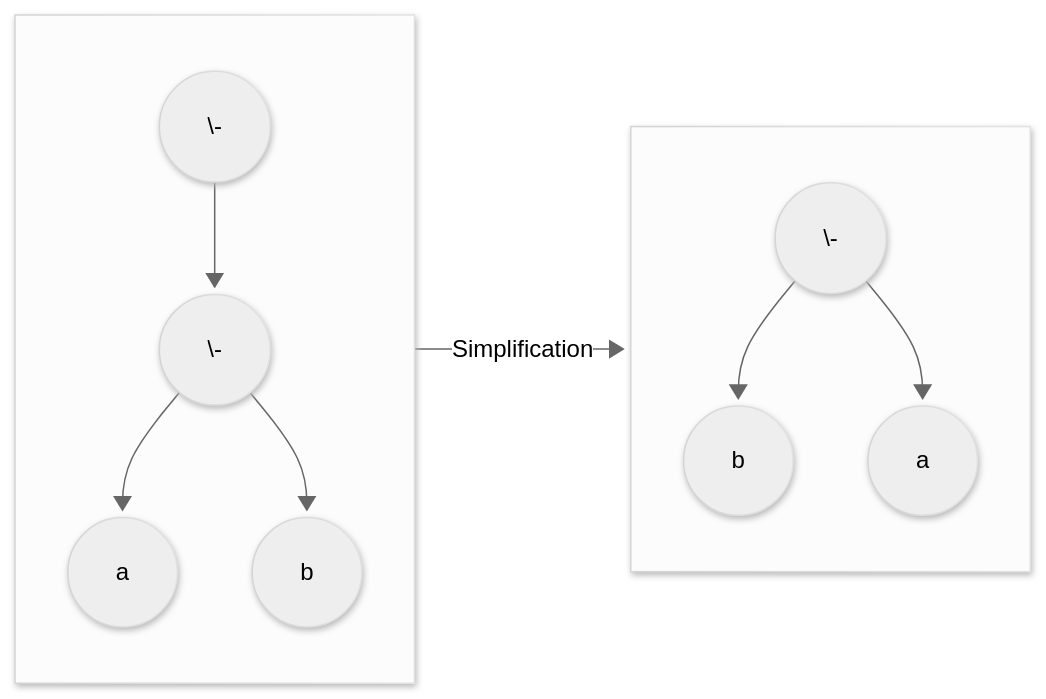
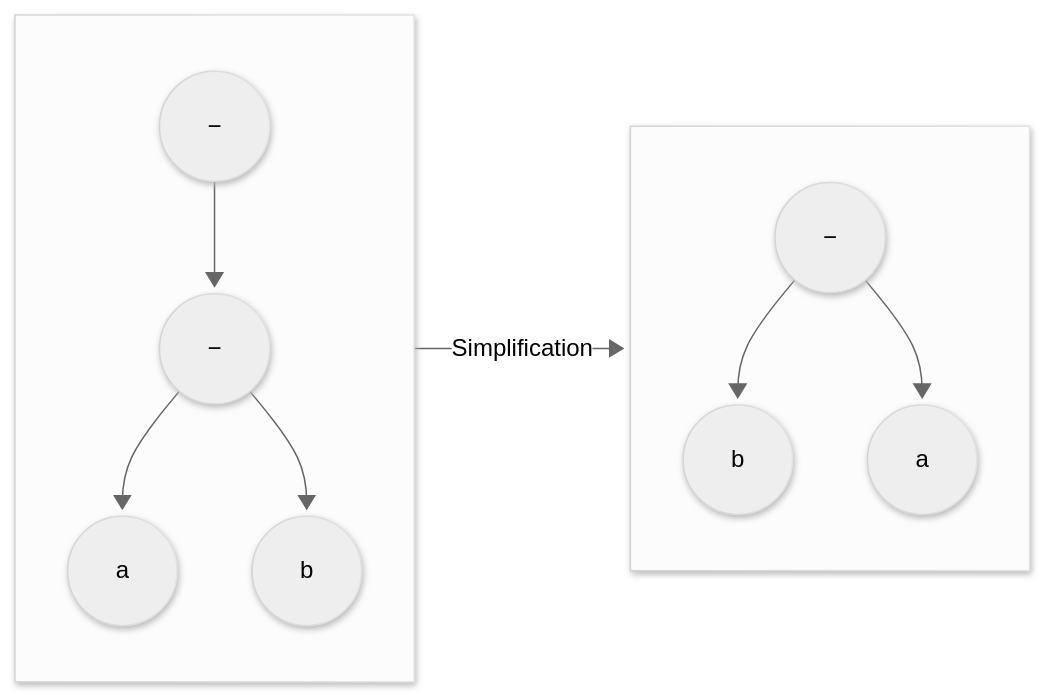
Before and after one commit to analog-system-compiler/asysc: the second of 5 diagrams in doc/asysc.adoc, drawn with Mermaid. The commit also changed other lines of this file, not shown here.

```diff
--- a/doc/asysc.adoc
+++ b/doc/asysc.adoc
@@ -51,22 +51,22 @@
 [mermaid, format=png, align="center"]
 ....
 ---
 config:
   theme: neutral
   look: neo
 ---
 flowchart LR
     subgraph a [ ]
         direction TB
-        A((\-)) --> B((\-))
+        A((−)) --> B((−))
         B --> C((a))
         B --> D((b))
     end
     subgraph b [ ]
         direction TB
-        E((\-))
+        E((−))
         E --> F((b))
         E --> G((a))
     end
     a --"Simplification"--> b
 ....
```
